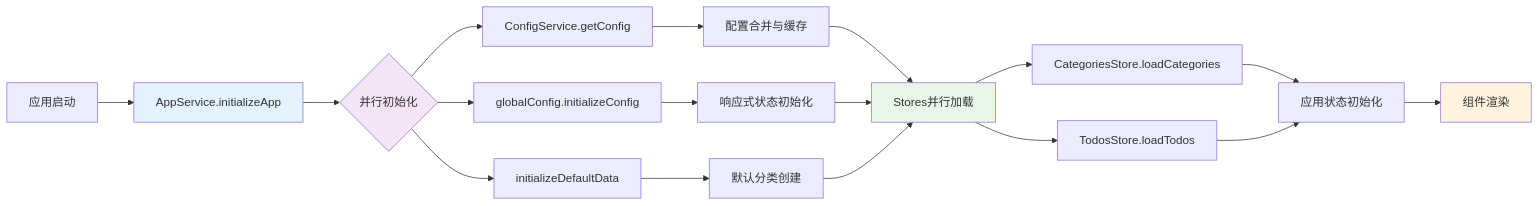
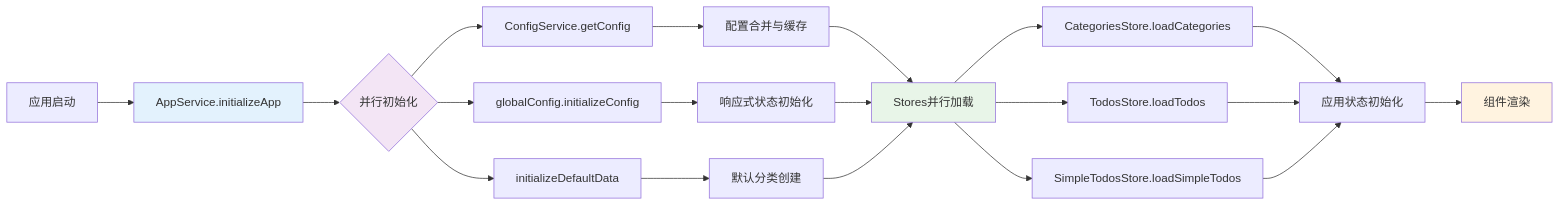
One commit to Sisyphean-a/TidyDo changed the first of 2 diagrams in README.md. Above: the diagram before and after it, drawn with Mermaid. The commit also changed other lines of this file and 11 other files, not shown here.

````diff
--- a/README.md
+++ b/README.md
@@ -118,24 +130,26 @@
 ```mermaid
 graph LR
     A[应用启动] --> B[AppService.initializeApp]
     B --> C{并行初始化}
     C --> D[ConfigService.getConfig]
     C --> E[globalConfig.initializeConfig]
     C --> F[initializeDefaultData]
     D --> G[配置合并与缓存]
     E --> H[响应式状态初始化]
     F --> I[默认分类创建]
     G --> J[Stores并行加载]
     H --> J
     I --> J
     J --> K[CategoriesStore.loadCategories]
     J --> L[TodosStore.loadTodos]
-    K --> M[应用状态初始化]
-    L --> M
-    M --> N[组件渲染]
+    J --> M[SimpleTodosStore.loadSimpleTodos]
+    K --> N[应用状态初始化]
+    L --> N
+    M --> N
+    N --> O[组件渲染]
 
     style B fill:#e3f2fd
     style C fill:#f3e5f5
     style J fill:#e8f5e8
-    style N fill:#fff3e0
+    style O fill:#fff3e0
 ```
````
